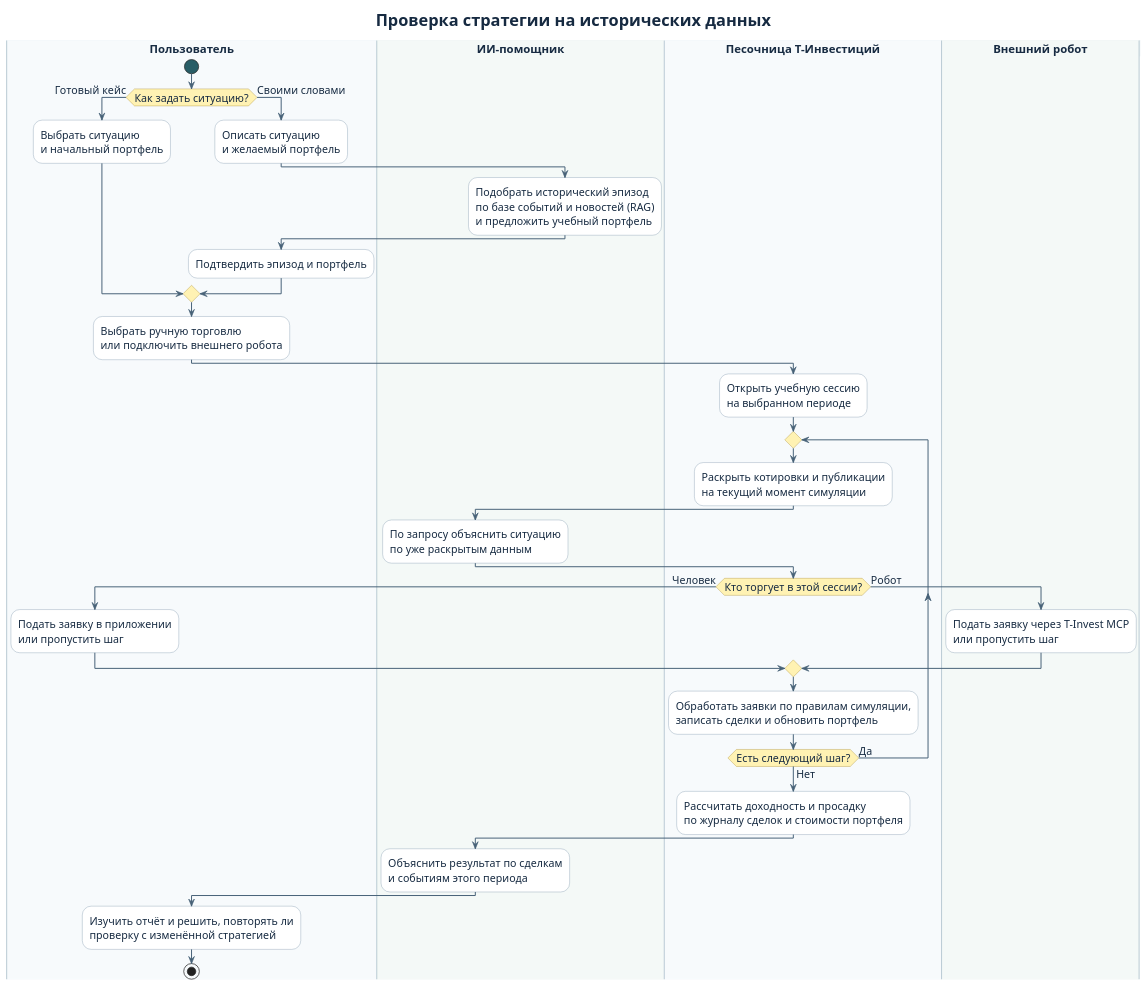
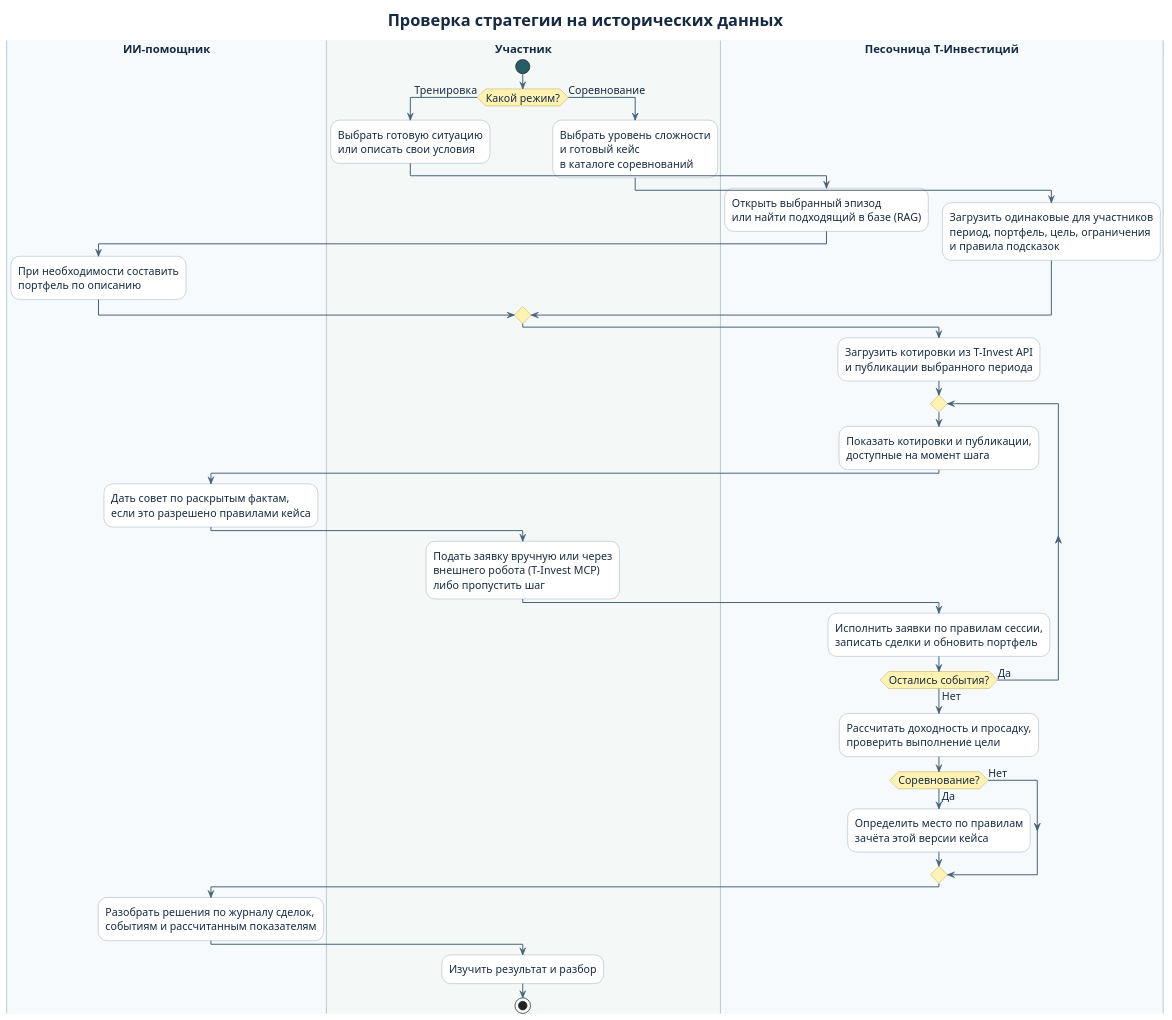
The diagram in docs/diagrams/business-case.puml (BazhanovMaxim/Invest), drawn with PlantUML before and after one commit. The commit also changed 12 other files, not shown here.

Commit message:
Обновить диаграммы исторической симуляции и добавить каталог учебных кейсов

```diff
--- a/docs/diagrams/business-case.puml
+++ b/docs/diagrams/business-case.puml
@@ -1,65 +1,63 @@
 @startuml
 skinparam backgroundColor #FFFFFF
 skinparam shadowing false
 skinparam defaultFontName Arial
 skinparam defaultFontSize 15
 skinparam defaultFontColor #172B42
 skinparam ArrowColor #486278
 skinparam ArrowThickness 1.4
 skinparam TitleFontSize 23
 skinparam TitleFontColor #162A41
 skinparam ActivityBackgroundColor #FFFFFF
 skinparam ActivityBorderColor #7591A5
 skinparam ActivityDiamondBackgroundColor #FFF2B3
 skinparam ActivityDiamondBorderColor #A38426
 skinparam ActivityStartColor #285D66
 skinparam ActivityEndColor #285D66
 skinparam SwimlaneTitleBackgroundColor #E3EDF2
 skinparam SwimlaneTitleFontSize 16
 skinparam SwimlaneTitleFontStyle bold
 skinparam SwimlaneBorderColor #BDCDD6
 skinparam NoteBackgroundColor #FFF8D9
 skinparam NoteBorderColor #CCB76A
 title Проверка стратегии на исторических данных
 
-|#F7FAFC|Пользователь|
-|#F4F9F7|ИИ-помощник|
+|#F7FAFC|ИИ-помощник|
+|#F4F9F7|Участник|
 |#F7FAFC|Песочница Т-Инвестиций|
-|#F4F9F7|Внешний робот|
-|Пользователь|
+|Участник|
 start
-if (Как задать ситуацию?) then (Готовый кейс)
-  :Выбрать ситуацию\nи начальный портфель;
-else (Своими словами)
-  :Описать ситуацию\nи желаемый портфель;
+if (Какой режим?) then (Тренировка)
+  :Выбрать готовую ситуацию\nили описать свои условия;
+  |Песочница Т-Инвестиций|
+  :Открыть выбранный эпизод\nили найти подходящий в базе (RAG);
   |ИИ-помощник|
-  :Подобрать исторический эпизод\nпо базе событий и новостей (RAG)\nи предложить учебный портфель;
-  |Пользователь|
-  :Подтвердить эпизод и портфель;
+  :При необходимости составить\nпортфель по описанию;
+else (Соревнование)
+  |Участник|
+  :Выбрать уровень сложности\nи готовый кейс\nв каталоге соревнований;
+  |Песочница Т-Инвестиций|
+  :Загрузить одинаковые для участников\nпериод, портфель, цель, ограничения\nи правила подсказок;
 endif
-:Выбрать ручную торговлю\nили подключить внешнего робота;
-
 |Песочница Т-Инвестиций|
-:Открыть учебную сессию\nна выбранном периоде;
+:Загрузить котировки из T-Invest API\nи публикации выбранного периода;
 repeat
-  :Раскрыть котировки и публикации\nна текущий момент симуляции;
+  :Показать котировки и публикации,\nдоступные на момент шага;
   |ИИ-помощник|
-  :По запросу объяснить ситуацию\nпо уже раскрытым данным;
+  :Дать совет по раскрытым фактам,\nесли это разрешено правилами кейса;
+  |Участник|
+  :Подать заявку вручную или через\nвнешнего робота (T-Invest MCP)\nлибо пропустить шаг;
   |Песочница Т-Инвестиций|
-  if (Кто торгует в этой сессии?) then (Человек)
-    |Пользователь|
-    :Подать заявку в приложении\nили пропустить шаг;
-  else (Робот)
-    |Внешний робот|
-    :Подать заявку через T-Invest MCP\nили пропустить шаг;
-  endif
-  |Песочница Т-Инвестиций|
-  :Обработать заявки по правилам симуляции,\nзаписать сделки и обновить портфель;
-repeat while (Есть следующий шаг?) is (Да) not (Нет)
-:Рассчитать доходность и просадку\nпо журналу сделок и стоимости портфеля;
+  :Исполнить заявки по правилам сессии,\nзаписать сделки и обновить портфель;
+repeat while (Остались события?) is (Да) not (Нет)
+:Рассчитать доходность и просадку,\nпроверить выполнение цели;
+if (Соревнование?) then (Да)
+  :Определить место по правилам\nзачёта этой версии кейса;
+else (Нет)
+endif
 |ИИ-помощник|
-:Объяснить результат по сделкам\nи событиям этого периода;
-|Пользователь|
-:Изучить отчёт и решить, повторять ли\nпроверку с изменённой стратегией;
+:Разобрать решения по журналу сделок,\nсобытиям и рассчитанным показателям;
+|Участник|
+:Изучить результат и разбор;
 stop
 @enduml
```
